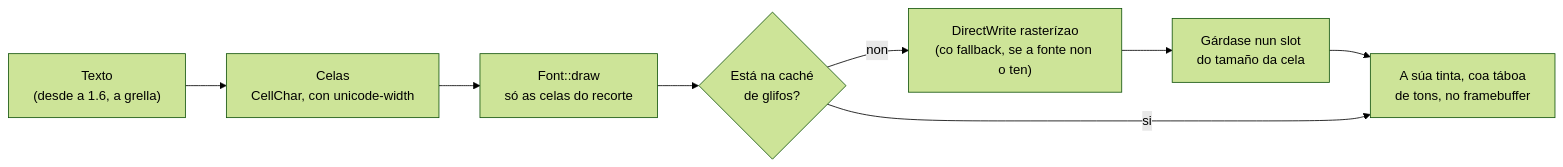
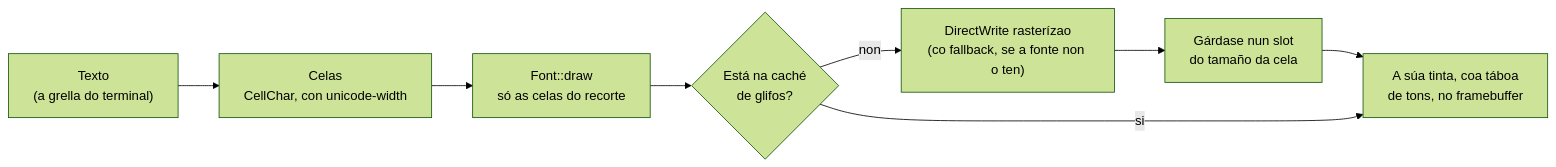
Before and after one commit to NewHouses/meiga: the seventh of 10 diagrams in docs/arquitectura.md, drawn with Mermaid (forest theme). The commit also changed other lines of this file and 52 other files, not shown here.

````diff
--- a/docs/arquitectura.md
+++ b/docs/arquitectura.md
@@ -160,10 +192,10 @@
 ```mermaid
 flowchart LR
-    text["Texto<br/>(desde a 1.6, a grella)"] --> cells["Celas<br/>CellChar, con unicode-width"]
+    text["Texto<br/>(a grella do terminal)"] --> cells["Celas<br/>CellChar, con unicode-width"]
     cells --> draw["Font::draw<br/>só as celas do recorte"]
     draw --> cache{"Está na caché<br/>de glifos?"}
     cache -- "non" --> raster["DirectWrite rasterízao<br/>(co fallback, se a fonte non o ten)"]
     raster --> slot["Gárdase nun slot<br/>do tamaño da cela"]
     slot --> ink["A súa tinta, coa táboa<br/>de tons, no framebuffer"]
     cache -- "si" --> ink
 ```
````
